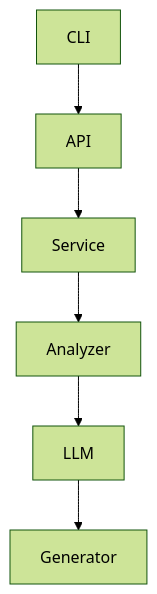
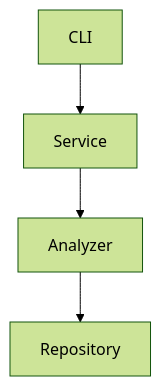
Before and after one commit to laurentftech/spec-gen: the diagram in openspec/specs/architecture/spec.md, drawn with Mermaid (forest theme). The commit also changed other lines of this file and 18 other files, not shown here.

````diff
--- a/openspec/specs/architecture/spec.md
+++ b/openspec/specs/architecture/spec.md
@@ -43,14 +43,10 @@
 ```mermaid
 graph TB
     CLI[CLI]
-    CLI --> API
-    API[API]
-    API --> Service
+    CLI --> Service
     Service[Service]
     Service --> Analyzer
     Analyzer[Analyzer]
-    Analyzer --> LLM
-    LLM[LLM]
-    LLM --> Generator
-    Generator[Generator]
+    Analyzer --> Repository
+    Repository[Repository]
 ```
````
